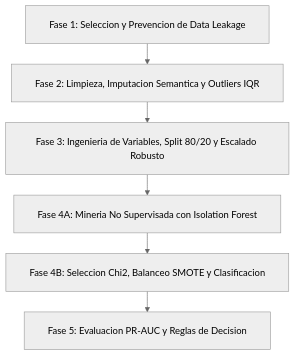
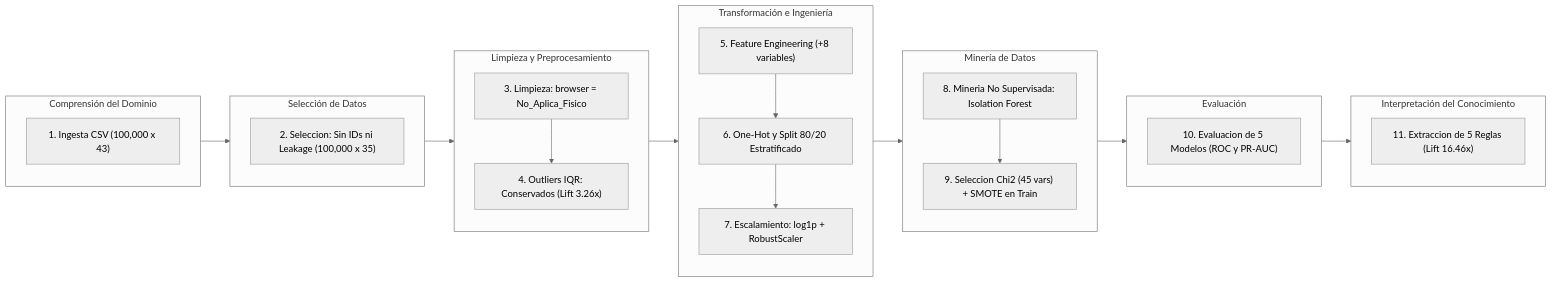
Before and after one commit to RACM-IA-DataScience/Deteccion_Automatizada_de_Fraude_Descubrimiento_de_Anomalias_y_Reglas_de_Decision: the first of 2 diagrams in README.md, drawn with Mermaid (neutral theme). The commit also changed other lines of this file and 26 other files, not shown here.

````diff
--- a/README.md
+++ b/README.md
@@ -34,9 +34,46 @@
 ```mermaid
-%%{init: {'flowchart': {'padding': 20, 'nodeSpacing': 35, 'rankSpacing': 35, 'wrappingWidth': 400}}}%%
-flowchart TD
-    F1["Fase 1: Seleccion y Prevencion de Data Leakage"] --> F2["Fase 2: Limpieza, Imputacion Semantica y Outliers IQR"]
-    F2 --> F3["Fase 3: Ingenieria de Variables, Split 80/20 y Escalado Robusto"]
-    F3 --> F4A["Fase 4A: Mineria No Supervisada con Isolation Forest"]
-    F4A --> F4B["Fase 4B: Seleccion Chi2, Balanceo SMOTE y Clasificacion"]
-    F4B --> F5["Fase 5: Evaluacion PR-AUC y Reglas de Decision"]
+%%{init: {'flowchart': {'look': {neo: {'padding': 20, 'nodeSpacing': 35, 'rankSpacing': 35, 'wrappingWidth': 400}}}}}%%
+flowchart LR
+  subgraph Etapa_1[Comprensión del Dominio]
+      P1["1. Ingesta CSV (100,000 x 43)"]
+  end
+
+  subgraph Etapa_2[Selección de Datos]
+      P2["2. Seleccion: Sin IDs ni Leakage (100,000 x 35)"]
+  end
+
+  subgraph Etapa_3[Limpieza y Preprocesamiento]
+      P3["3. Limpieza: browser = No_Aplica_Fisico"]
+      P4["4. Outliers IQR: Conservados (Lift 3.26x)"]
+    P3 --> P4
+  end
+
+  subgraph Etapa_4[Transformación e Ingeniería]
+      P5["5. Feature Engineering (+8 variables)"]
+      P6["6. One-Hot y Split 80/20 Estratificado"]
+      P7["7. Escalamiento: log1p + RobustScaler"]
+    P5 --> P6
+    P6 --> P7
+  end
+
+  subgraph Etapa_5[Minería de Datos]
+      P8["8. Mineria No Supervisada: Isolation Forest"]
+      P9["9. Seleccion Chi2 (45 vars) + SMOTE en Train"]
+    P8 --> P9
+  end
+
+  subgraph Etapa_6[Evaluación]
+      P10["10. Evaluacion de 5 Modelos (ROC y PR-AUC)"]
+  end
+
+  subgraph Etapa_7[Interpretación del Conocimiento]
+      P11["11. Extraccion de 5 Reglas (Lift 16.46x)"]
+  end
+
+  Etapa_1 --> Etapa_2
+  Etapa_2 --> Etapa_3
+  Etapa_3 --> Etapa_4
+  Etapa_4 --> Etapa_5
+  Etapa_5 --> Etapa_6
+  Etapa_6 --> Etapa_7
 ```
````
